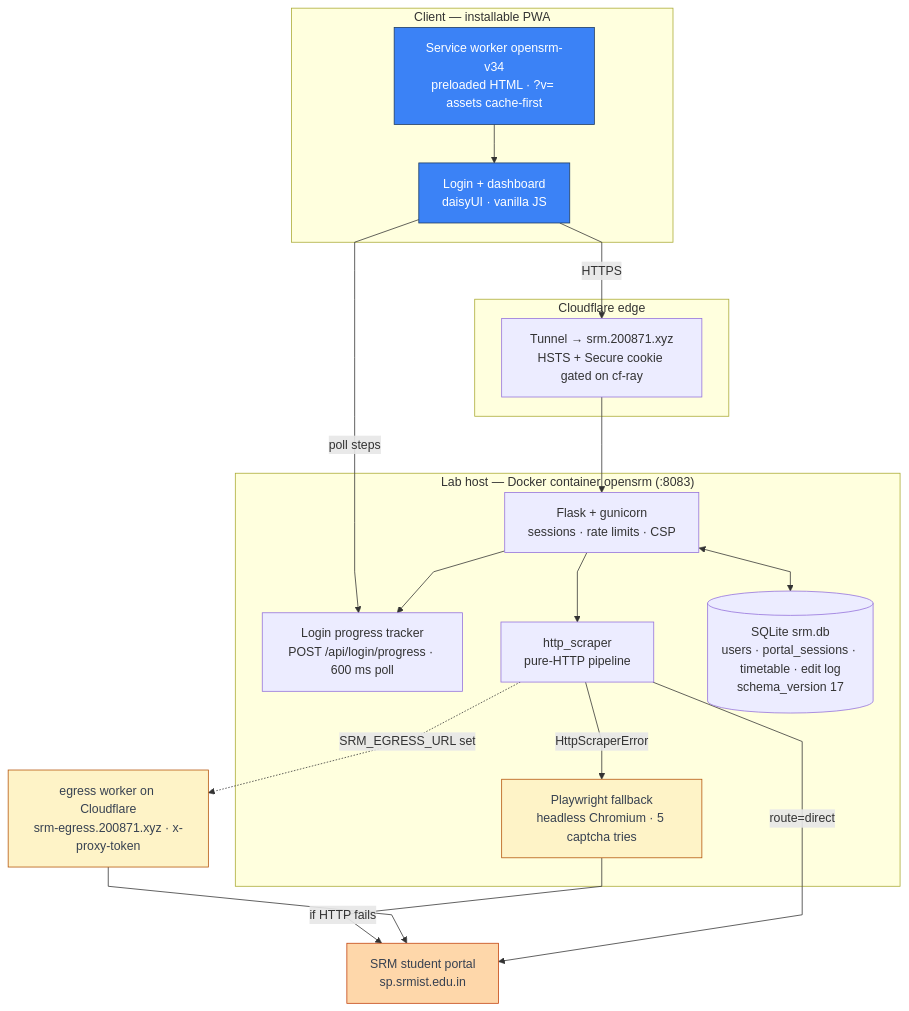
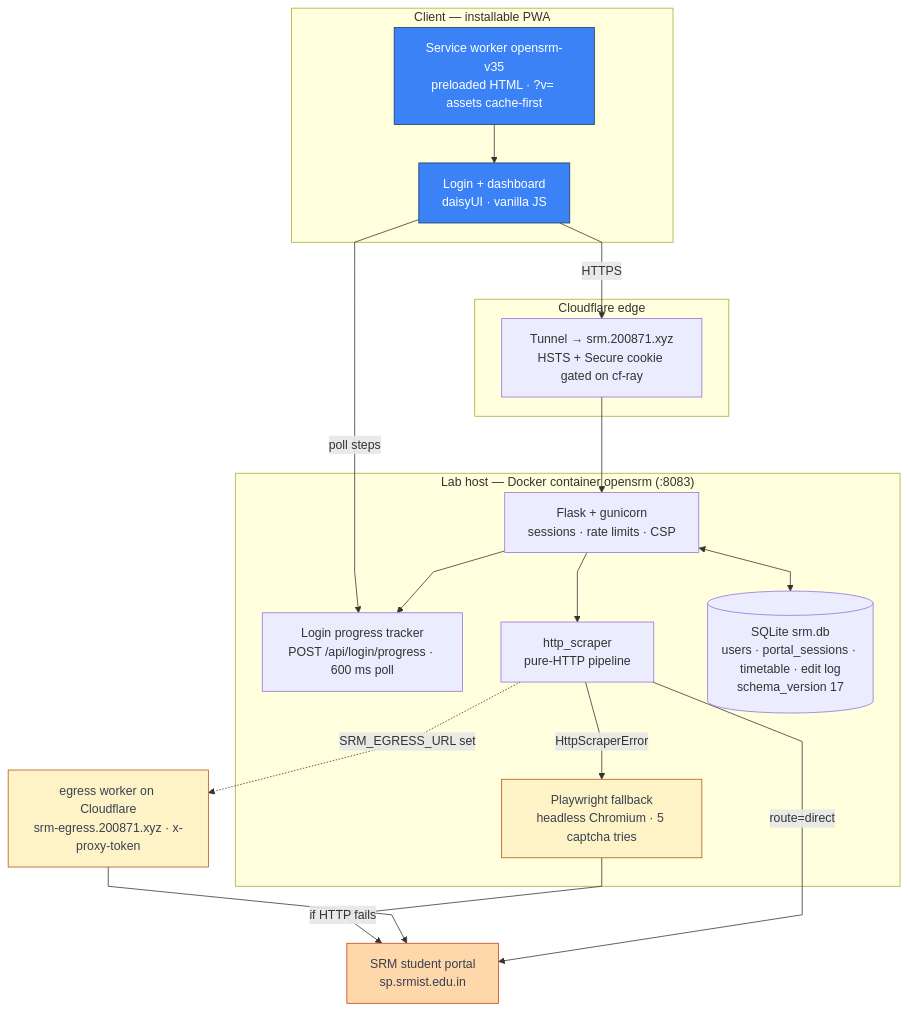
Before and after one commit to thenabbu/OpenSRM: the first of 3 diagrams in README.md, drawn with Mermaid. The commit also changed 15 other files, not shown here.

````diff
--- a/README.md
+++ b/README.md
@@ -71,43 +71,43 @@
 ```mermaid
 %%{init: {"flowchart": {"curve": "linear"}}}%%
 flowchart TD
     subgraph client["Client — installable PWA"]
         UI["Login + dashboard<br/>daisyUI · vanilla JS"]
-        SW["Service worker opensrm-v34<br/>preloaded HTML · ?v= assets cache-first"]
+        SW["Service worker opensrm-v35<br/>preloaded HTML · ?v= assets cache-first"]
     end
 
     subgraph edge["Cloudflare edge"]
         TUN["Tunnel → srm.200871.xyz<br/>HSTS + Secure cookie gated on cf-ray"]
     end
 
     subgraph lab["Lab host — Docker container opensrm (:8083)"]
         FL["Flask + gunicorn<br/>sessions · rate limits · CSP"]
         PROG["Login progress tracker<br/>POST /api/login/progress · 600 ms poll"]
         HS["http_scraper<br/>pure-HTTP pipeline"]
         PW["Playwright fallback<br/>headless Chromium · 5 captcha tries"]
         DB[("SQLite srm.db<br/>users · portal_sessions · timetable · edit log<br/>schema_version 17")]
         FL --> PROG
         FL <--> DB
         FL --> HS
         HS -->|"HttpScraperError"| PW
     end
 
     EG["egress worker on Cloudflare<br/>srm-egress.200871.xyz · x-proxy-token"]
     P["SRM student portal<br/>sp.srmist.edu.in"]
 
     UI -->|"HTTPS"| TUN
     TUN --> FL
     SW --> UI
     UI -->|"poll steps"| PROG
     HS -->|"route=direct"| P
     HS -.->|"SRM_EGRESS_URL set"| EG
     EG --> P
     PW -->|"if HTTP fails"| P
 
     classDef client fill:#3b82f6,stroke:#1e3a5f,color:#ffffff
     classDef conditional fill:#fef3c7,stroke:#b45309,color:#374151
     classDef external fill:#fed7aa,stroke:#c2410c,color:#374151
     class UI,SW client
     class PW,EG conditional
     class P external
 ```
````
